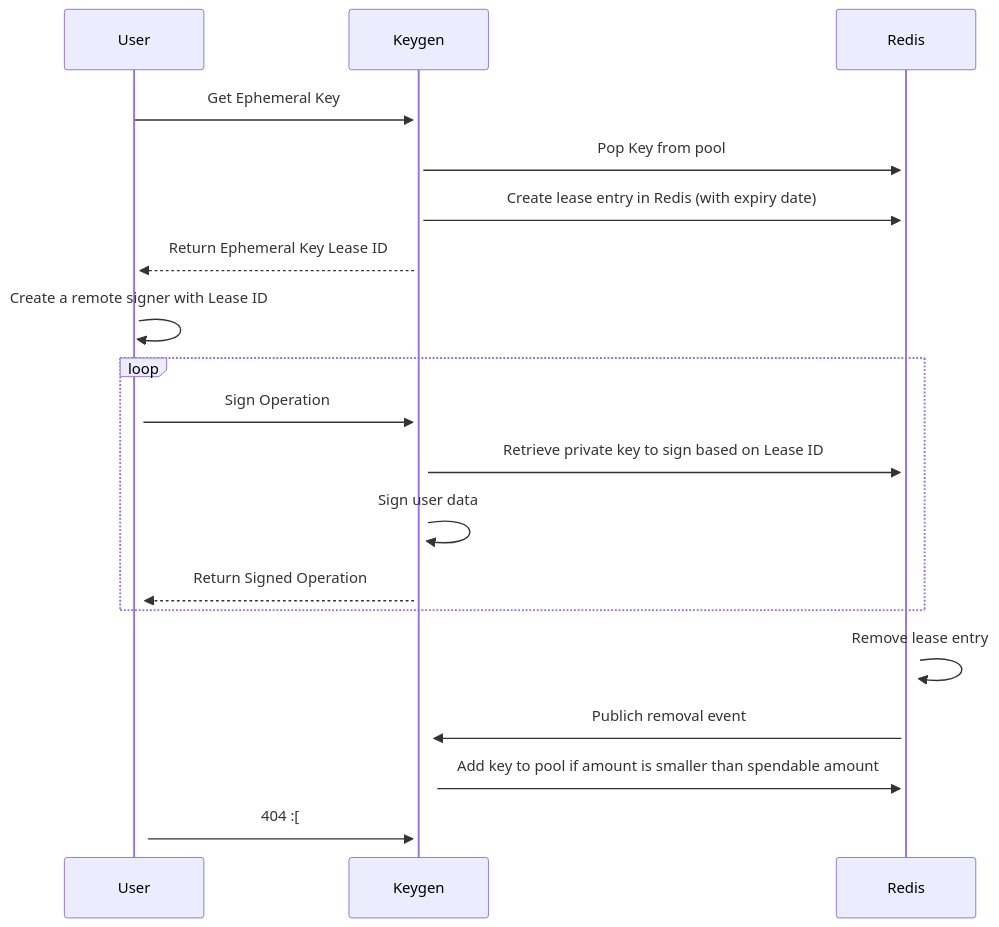
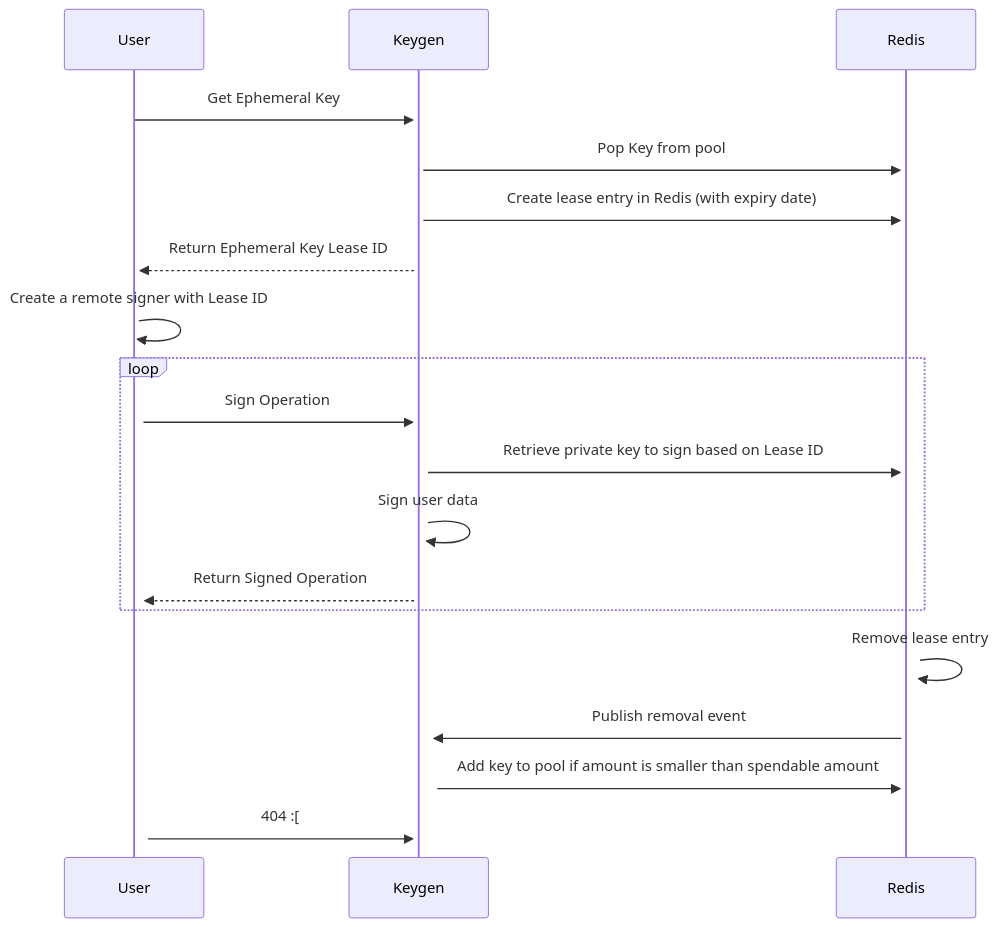
Before and after one commit to ecadlabs/taquito: the diagram in integration-tests/README.md, drawn with Mermaid.

Commit message:
typo fix

````diff
--- a/integration-tests/README.md
+++ b/integration-tests/README.md
@@ -317,25 +317,25 @@
 ```mermaid
 sequenceDiagram
 participant User
 participant Keygen
 participant Redis
 
 User->>+Keygen: Get Ephemeral Key
 Keygen->>+Redis: Pop Key from pool
 Keygen->>+Redis: Create lease entry in Redis (with expiry date)
 Keygen-->>+User: Return Ephemeral Key Lease ID
 User->>+User: Create a remote signer with Lease ID
 
 loop 
     User->>+Keygen: Sign Operation
     Keygen->>+Redis: Retrieve private key to sign based on Lease ID
     Keygen->>+Keygen: Sign user data
     Keygen-->>+User: Return Signed Operation
 end
 
 Redis->>+Redis: Remove lease entry
-Redis->>+Keygen: Publich removal event
+Redis->>+Keygen: Publish removal event
 Keygen->>+Redis: Add key to pool if amount is smaller than spendable amount
 
 User->>+Keygen: 404 :[
 ```
````
